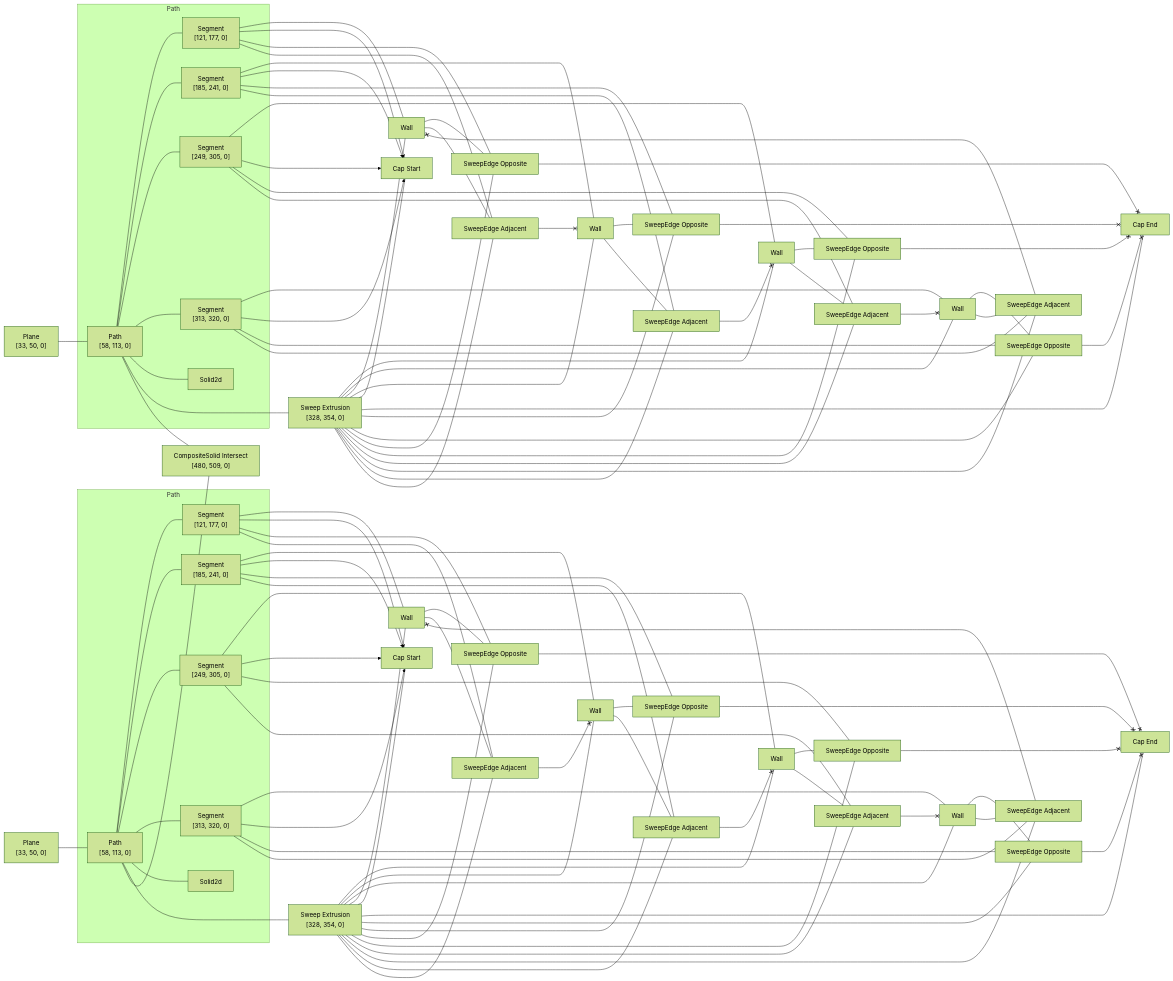
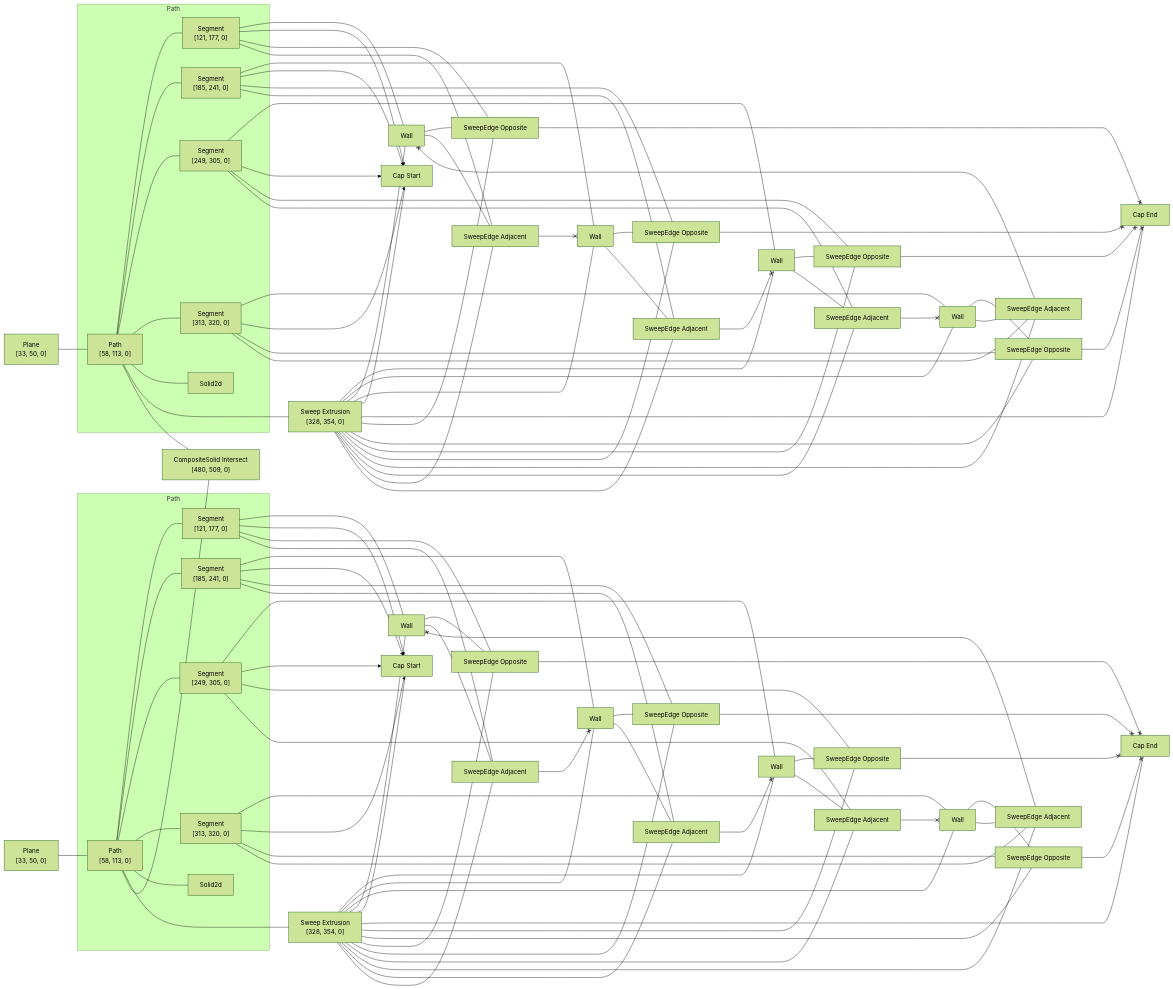
Before and after one commit to rajgandhi1/modeling-app: the diagram in rust/kcl-lib/tests/intersect_cubes/artifact_graph_flowchart.snap.md, drawn with Mermaid (forest theme). The commit also changed 110 other files, not shown here.

```diff
--- a/rust/kcl-lib/tests/intersect_cubes/artifact_graph_flowchart.snap.md
+++ b/rust/kcl-lib/tests/intersect_cubes/artifact_graph_flowchart.snap.md
@@ -67,35 +67,35 @@
   4 --- 17
   5 --- 24
   5 x--> 26
-  5 --- 36
-  5 --- 45
+  5 --- 34
+  5 --- 44
   6 --- 21
   6 x--> 27
   6 --- 32
   6 --- 41
   7 --- 19
   7 x--> 27
-  7 --- 31
+  7 --- 33
   7 --- 40
   8 --- 25
   8 x--> 26
-  8 --- 34
-  8 --- 44
+  8 --- 37
+  8 --- 45
   9 --- 22
   9 x--> 26
-  9 --- 37
-  9 --- 42
+  9 --- 36
+  9 --- 43
   10 --- 18
   10 x--> 27
-  10 --- 33
+  10 --- 30
   10 --- 38
   11 --- 23
   11 x--> 26
   11 --- 35
-  11 --- 43
+  11 --- 42
   12 --- 20
   12 x--> 27
-  12 --- 30
+  12 --- 31
   12 --- 39
   15 --- 18
   15 --- 19
@@ -125,30 +125,30 @@
   16 --- 43
   16 --- 44
   16 --- 45
-  18 --- 33
+  18 --- 30
   18 --- 38
   40 <--x 18
-  19 --- 31
+  19 --- 33
   19 --- 40
   41 <--x 19
-  20 --- 30
+  20 --- 31
   38 <--x 20
   20 --- 39
   21 --- 32
   39 <--x 21
   21 --- 41
-  22 --- 37
-  22 --- 42
-  44 <--x 22
+  22 --- 36
+  22 --- 43
+  45 <--x 22
   23 --- 35
-  42 <--x 23
-  23 --- 43
-  24 --- 36
-  43 <--x 24
-  24 --- 45
-  25 --- 34
-  25 --- 44
-  45 <--x 25
+  23 --- 42
+  43 <--x 23
+  24 --- 34
+  42 <--x 24
+  24 --- 44
+  25 --- 37
+  44 <--x 25
+  25 --- 45
   34 <--x 28
   35 <--x 28
   36 <--x 28
```
